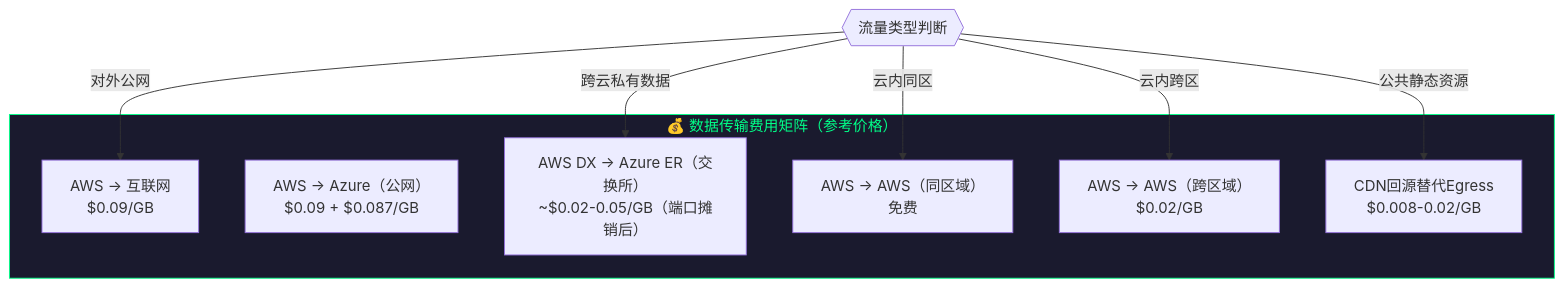
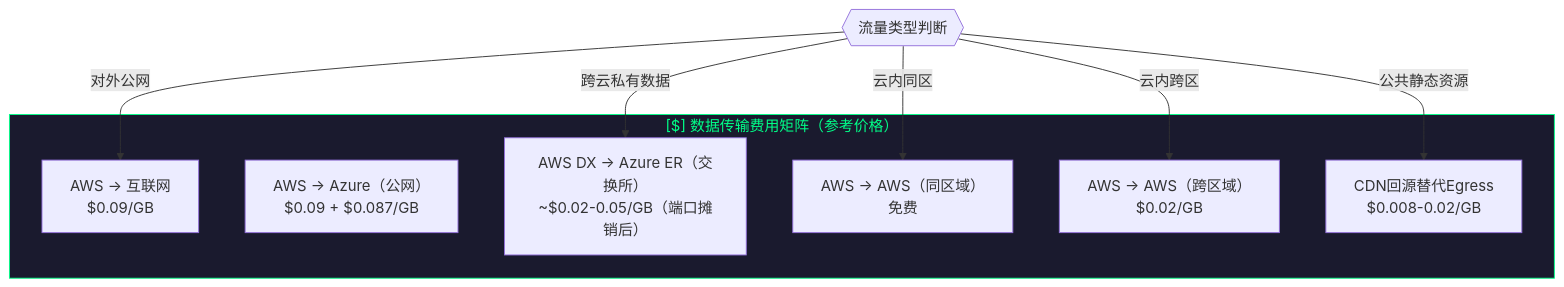
One commit to SKT-Shurima/NetworkMastery changed the fourth of 5 diagrams in docs/guide/cloud/multi-cloud.md. Above: the diagram before and after it, drawn with Mermaid. The commit also changed other lines of this file and 54 other files, not shown here.

````diff
--- a/docs/guide/cloud/multi-cloud.md
+++ b/docs/guide/cloud/multi-cloud.md
@@ -347,19 +347,19 @@
 ```mermaid
 graph TD
-    subgraph CostMatrix["💰 数据传输费用矩阵（参考价格）"]
+    subgraph CostMatrix["[$] 数据传输费用矩阵（参考价格）"]
         A["AWS → 互联网<br/>$0.09/GB"]
         B["AWS → Azure（公网）<br/>$0.09 + $0.087/GB"]
         C["AWS DX → Azure ER（交换所）<br/>~$0.02-0.05/GB（端口摊销后）"]
         D["AWS → AWS（同区域）<br/>免费"]
         E["AWS → AWS（跨区域）<br/>$0.02/GB"]
         F["CDN回源替代Egress<br/>$0.008-0.02/GB"]
     end
 
     G{{"流量类型判断"}} -->|公共静态资源| F
     G -->|跨云私有数据| C
     G -->|云内跨区| E
     G -->|云内同区| D
     G -->|对外公网| A
 
     style CostMatrix fill:#1a1a2e,color:#00ff88,stroke:#00ff88
 ```
````
